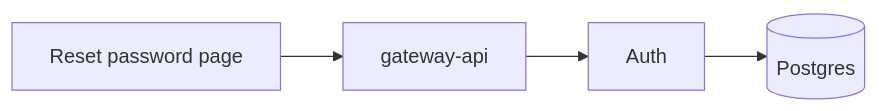
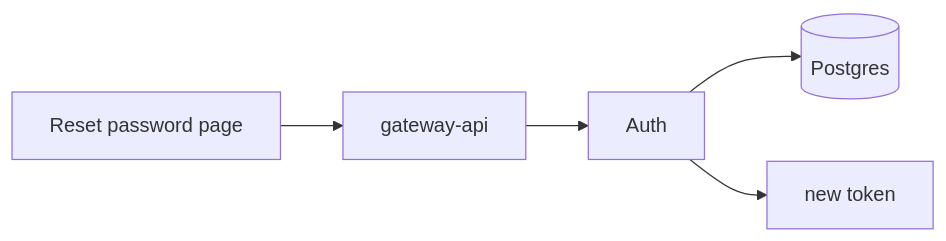
Before and after one commit to uniz-rguktong/uniz-master: the fifth of 24 diagrams in apps/uniz-docs/system/action-flows.md, drawn with Mermaid. The commit also changed other lines of this file and 49 other files, not shown here.

````diff
--- a/apps/uniz-docs/system/action-flows.md
+++ b/apps/uniz-docs/system/action-flows.md
@@ -81,6 +114,7 @@
 ```mermaid
 flowchart LR
   UI[Reset password page] --> GW[gateway-api]
   GW --> Auth
   Auth --> PG[(Postgres)]
+  Auth --> Tok[new token]
 ```
````
